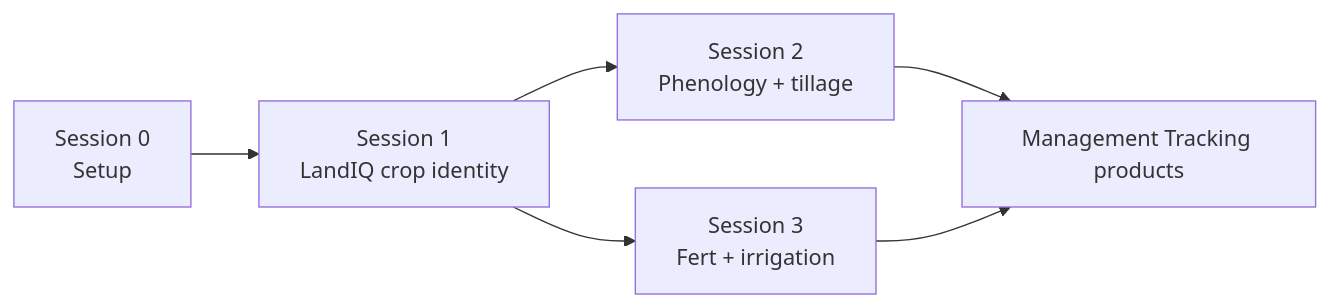
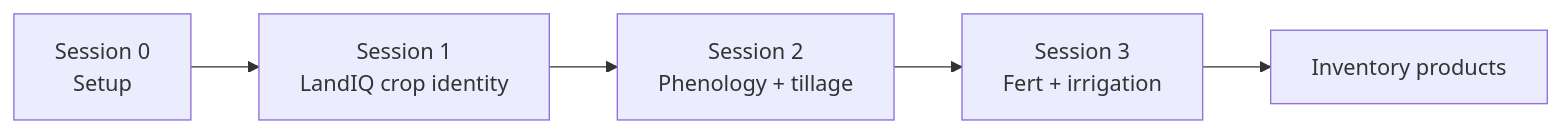
Before and after one commit to PecanProject/pecan: the first of 2 diagrams in modules/data.remote/inst/ccmmf/documentation/sessions/00-setup.md, drawn with Mermaid. The commit also changed other lines of this file and 33 other files, not shown here.

````diff
--- a/modules/data.remote/inst/ccmmf/documentation/sessions/00-setup.md
+++ b/modules/data.remote/inst/ccmmf/documentation/sessions/00-setup.md
@@ -15,8 +15,7 @@
 ```mermaid
 flowchart LR
   S0["Session 0\nSetup"] --> S1["Session 1\nLandIQ crop identity"]
   S1 --> S2["Session 2\nPhenology + tillage"]
-  S1 --> S3["Session 3\nFert + irrigation"]
-  S2 --> OUT["Management Tracking products"]
-  S3 --> OUT
+  S2 --> S3["Session 3\nFert + irrigation"]
+  S3 --> OUT["Inventory products"]
 ```
````
